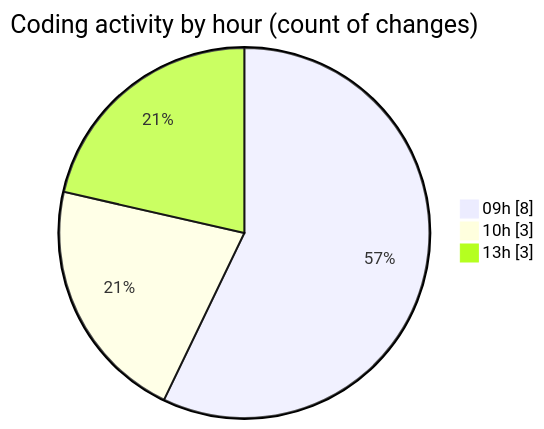
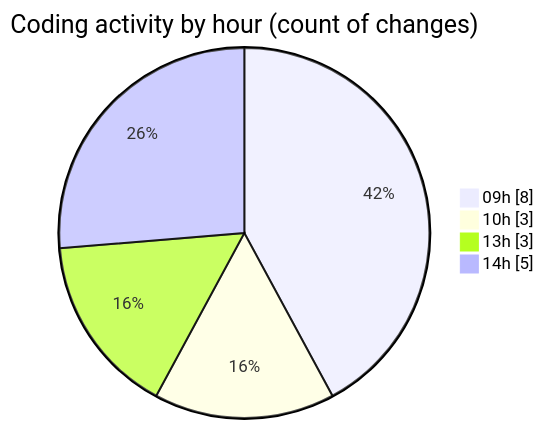
One commit to momahboobian/code-tracking changed the second of 2 diagrams in 2026-04-09/cda/README.md. Above: the diagram before and after it, drawn with Mermaid. The commit also changed other lines of this file and 1 other file, not shown here.

````diff
--- a/2026-04-09/cda/README.md
+++ b/2026-04-09/cda/README.md
@@ -35,7 +38,8 @@
 ```mermaid
 pie showData
 title Coding activity by hour (count of changes)
 "09h" : 8
 "10h" : 3
 "13h" : 3
+"14h" : 5
 ```
````
